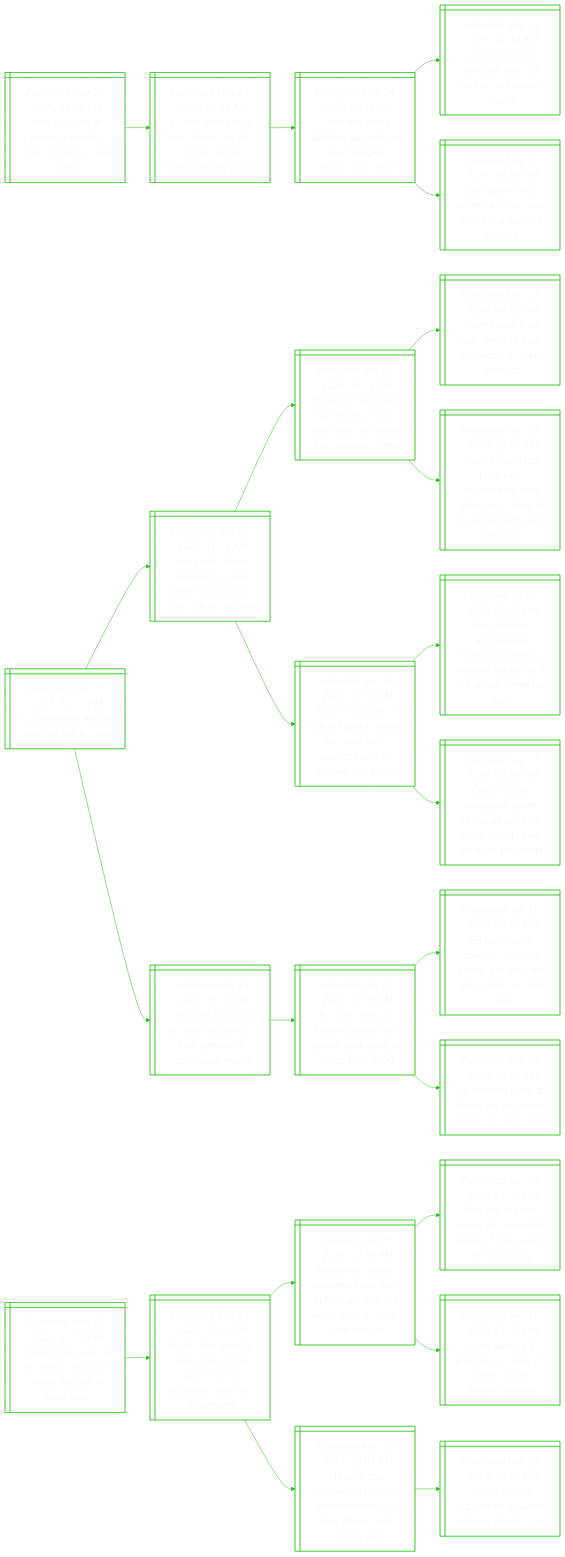
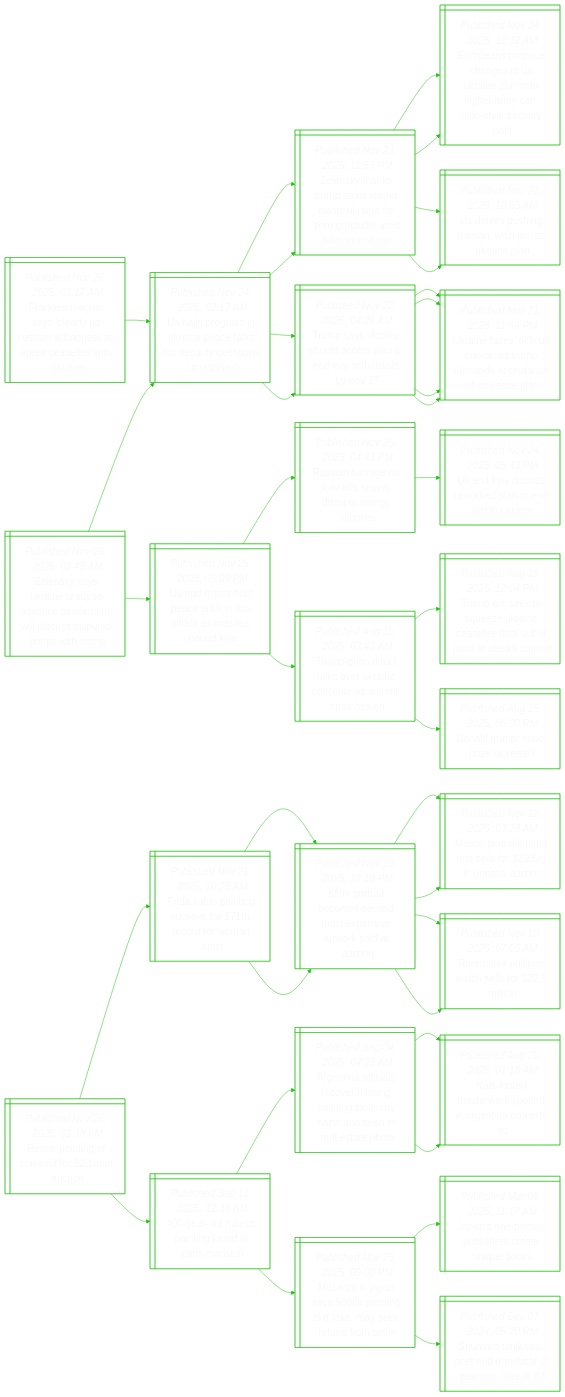
One commit to notJmes/notJmes changed the diagram in README.md. Above: the diagram before and after it, drawn with Mermaid. The commit also changed other lines of this file, not shown here.

````diff
--- a/README.md
+++ b/README.md
@@ -16,79 +16,118 @@
 flowchart LR
 classDef txtsize font-size:20px;
 
-Mcoeldsesls@{ shape: win-pane, label: "_Published Nov 25, 2025, 11:34 PM_
-Man accused of liverpool parade crash in tears as trial opens" }
-hfrhrctwivotr@{ shape: win-pane, label: "_Published May 27, 2025, 02:18 AM_
-47 hurt after british man drives car into crowd during liverpool’s title parade" }
-Gnsbutslanai@{ shape: win-pane, label: "_Published May 24, 2025, 09:15 PM_
-Germany mass stabbing suspect has ‘psychological illness’, say police" }
-Gnnsftdmso@{ shape: win-pane, label: "_Published May 24, 2025, 01:44 AM_
-German woman arrested after 18 stabbed at hamburg station" }
-Gnrcscrrirea@{ shape: win-pane, label: "_Published May 06, 2025, 04:40 PM_
-Germany’s merz elected as chancellor after initial surprise setback" }
+Feryaoilnoeewke@{ shape: win-pane, label: "_Published Nov 26, 2025, 03:17 AM_
+France’s macron says ‘clearly no russian willingness to agree ceasefire’ with ukraine" }
+Ulgiaeauuqinl@{ shape: win-pane, label: "_Published Nov 24, 2025, 02:17 AM_
+Us hails progress in ukraine peace talks but security questions unresolved" }
+ZsarsalUnzruikn@{ shape: win-pane, label: "_Published Nov 23, 2025, 11:53 PM_
+Zelensky thanks trump as us leader blasts ukraine for ‘zero gratitude’ amid talks to end war" }
+EeregUalthmNtett@{ shape: win-pane, label: "_Published Nov 24, 2025, 12:32 AM_
+Europeans propose changes to us ukraine plan with higher army cap, nato-style security pact" }
+UisRahaal@{ shape: win-pane, label: "_Published Nov 23, 2025, 10:55 AM_
+Us denies pushing russian ‘wish list’ as ukraine plan" }
+Tskeleanwub@{ shape: win-pane, label: "_Published Nov 22, 2025, 04:26 AM_
+Trump says ukraine should accept plan to end war with russia by nov 27" }
+Uneftcrespepp@{ shape: win-pane, label: "_Published Nov 21, 2025, 11:49 PM_
+Ukraine faces ‘difficult choice’ as trump demands acceptance of us peace plan" }
+Uneftcrespepp@{ shape: win-pane, label: "_Published Nov 21, 2025, 11:49 PM_
+Ukraine faces ‘difficult choice’ as trump demands acceptance of us peace plan" }
 
-Mcoeldsesls:::txtsize --> hfrhrctwivotr:::txtsize
-hfrhrctwivotr:::txtsize --> Gnsbutslanai:::txtsize
-Gnsbutslanai:::txtsize --> Gnnsftdmso:::txtsize
-Gnsbutslanai:::txtsize --> Gnrcscrrirea:::txtsize
+Feryaoilnoeewke:::txtsize --> Ulgiaeauuqinl:::txtsize
+Ulgiaeauuqinl:::txtsize --> ZsarsalUnzruikn:::txtsize
+ZsarsalUnzruikn:::txtsize --> EeregUalthmNtett:::txtsize
+ZsarsalUnzruikn:::txtsize --> UisRahaal:::txtsize
+Ulgiaeauuqinl:::txtsize --> Tskeleanwub:::txtsize
+Tskeleanwub:::txtsize --> Uneftcrespepp:::txtsize
+Tskeleanwub:::txtsize --> Uneftcrespepp:::txtsize
 
-Elnpwar@{ shape: win-pane, label: "_Published Nov 25, 2025, 10:51 PM_
-Eu parliament adopts new toy safety rules" }
-Saeiepheossye@{ shape: win-pane, label: "_Published Jun 27, 2025, 11:24 AM_
-Seoul asks temu, aliexpress to pull children’s products over safety concerns" }
-Pcuthlohamfeen@{ shape: win-pane, label: "_Published Jun 03, 2024, 06:15 PM_
-Products found with high levels of toxic chemicals removed from website: shein" }
-SKfheoimseos@{ shape: win-pane, label: "_Published May 28, 2024, 04:50 PM_
-South korea finds high levels of toxic chemicals in shein products" }
-SKnfkcoflrhoiwoha@{ shape: win-pane, label: "_Published May 26, 2024, 10:55 AM_
-South korean test finds kids’ accessories from aliexpress, shein to be tainted with toxic chemicals" }
-BseahdeobdsneLa@{ shape: win-pane, label: "_Published Sep 26, 2024, 09:50 AM_
-Buyers warned of safety hazards posed by some baby products sold on shopee and lazada" }
-Mheiawwbsianlnifl@{ shape: win-pane, label: "_Published Jul 31, 2023, 06:00 PM_
-More children accidentally swallowing objects, retailers asked not to list unsafe items for sale" }
-Qdnriovrgovlpn@{ shape: win-pane, label: "_Published Sep 13, 2024, 03:00 PM_
-Qoo10 under singapore police probe as vendors lodge reports over delayed payments" }
-Ccntaerhesteo@{ shape: win-pane, label: "_Published Mar 15, 2024, 03:16 AM_
-Chemicals in plastics far more numerous than previously estimated: report" }
-Ellnselcaiem@{ shape: win-pane, label: "_Published Mar 05, 2024, 10:38 AM_
-Eu seals deal on banning single-use plastic packaging in cafes from 2030" }
-Emsitesoiwrelsn@{ shape: win-pane, label: "_Published Jan 11, 2024, 09:10 PM_
-Eu lawmakers consider stronger plastic pollution law after pellet spill hits spain" }
-Uassatlpiul@{ shape: win-pane, label: "_Published Sep 29, 2023, 08:20 AM_
-Us finalises plans to phase out single-use plastic on public lands" }
+Zsyaeonaalusdthp@{ shape: win-pane, label: "_Published Nov 26, 2025, 02:45 AM_
+Zelensky says ukraine ready to advance peace plan, will discuss disputed points with trump" }
+Ulgiaeauuqinl@{ shape: win-pane, label: "_Published Nov 24, 2025, 02:17 AM_
+Us hails progress in ukraine peace talks but security questions unresolved" }
+ZsarsalUnzruikn@{ shape: win-pane, label: "_Published Nov 23, 2025, 11:53 PM_
+Zelensky thanks trump as us leader blasts ukraine for ‘zero gratitude’ amid talks to end war" }
+EeregUalthmNtett@{ shape: win-pane, label: "_Published Nov 24, 2025, 12:32 AM_
+Europeans propose changes to us ukraine plan with higher army cap, nato-style security pact" }
+UisRahaal@{ shape: win-pane, label: "_Published Nov 23, 2025, 10:55 AM_
+Us denies pushing russian ‘wish list’ as ukraine plan" }
+Tskeleanwub@{ shape: win-pane, label: "_Published Nov 22, 2025, 04:26 AM_
+Trump says ukraine should accept plan to end war with russia by nov 27" }
+Uneftcrespepp@{ shape: win-pane, label: "_Published Nov 21, 2025, 11:49 PM_
+Ukraine faces ‘difficult choice’ as trump demands acceptance of us peace plan" }
+Uneftcrespepp@{ shape: win-pane, label: "_Published Nov 21, 2025, 11:49 PM_
+Ukraine faces ‘difficult choice’ as trump demands acceptance of us peace plan" }
+URaptiDaspK@{ shape: win-pane, label: "_Published Nov 25, 2025, 05:03 PM_
+Us and russia hold peace talks in abu dhabi as missiles pound kyiv" }
+Rarnksdpeue@{ shape: win-pane, label: "_Published Nov 25, 2025, 04:43 PM_
+Russian barrage on kyiv kills seven, disrupts energy supplies" }
+UKisrlerr@{ shape: win-pane, label: "_Published Nov 24, 2025, 05:43 PM_
+Us and kyiv discuss reworked plan to end war in ukraine" }
+TPdtsUncamre@{ shape: win-pane, label: "_Published Aug 16, 2025, 03:43 AM_
+Trump-putin direct talks over ukraine conclude as summit stretches on" }
+Tweszaeiaoilst@{ shape: win-pane, label: "_Published Aug 15, 2025, 12:04 PM_
+Trump will seek to squeeze ukraine ceasefire deal out of putin at alaska summit" }
+Ddplee@{ shape: win-pane, label: "_Published Aug 15, 2025, 06:00 PM_
+Donald trump: nobel prize laureate?" }
 
-Elnpwar:::txtsize --> Saeiepheossye:::txtsize
-Saeiepheossye:::txtsize --> Pcuthlohamfeen:::txtsize
-Pcuthlohamfeen:::txtsize --> SKfheoimseos:::txtsize
-Pcuthlohamfeen:::txtsize --> SKnfkcoflrhoiwoha:::txtsize
-Saeiepheossye:::txtsize --> BseahdeobdsneLa:::txtsize
-BseahdeobdsneLa:::txtsize --> Mheiawwbsianlnifl:::txtsize
-BseahdeobdsneLa:::txtsize --> Qdnriovrgovlpn:::txtsize
-Elnpwar:::txtsize --> Ccntaerhesteo:::txtsize
-Ccntaerhesteo:::txtsize --> Ellnselcaiem:::txtsize
-Ellnselcaiem:::txtsize --> Emsitesoiwrelsn:::txtsize
-Ellnselcaiem:::txtsize --> Uassatlpiul:::txtsize
+Zsyaeonaalusdthp:::txtsize --> Ulgiaeauuqinl:::txtsize
+Ulgiaeauuqinl:::txtsize --> ZsarsalUnzruikn:::txtsize
+ZsarsalUnzruikn:::txtsize --> EeregUalthmNtett:::txtsize
+ZsarsalUnzruikn:::txtsize --> UisRahaal:::txtsize
+Ulgiaeauuqinl:::txtsize --> Tskeleanwub:::txtsize
+Tskeleanwub:::txtsize --> Uneftcrespepp:::txtsize
+Tskeleanwub:::txtsize --> Uneftcrespepp:::txtsize
+Zsyaeonaalusdthp:::txtsize --> URaptiDaspK:::txtsize
+URaptiDaspK:::txtsize --> Rarnksdpeue:::txtsize
+Rarnksdpeue:::txtsize --> UKisrlerr:::txtsize
+URaptiDaspK:::txtsize --> TPdtsUncamre:::txtsize
+TPdtsUncamre:::txtsize --> Tweszaeiaoilst:::txtsize
+TPdtsUncamre:::txtsize --> Ddplee:::txtsize
 
-PcsjolnnhFgfc@{ shape: win-pane, label: "_Published Nov 25, 2025, 10:28 PM_
-Prosecutors seek jail for italian influencer chiara ferragni in fraud case" }
-ACVaslarodtnnn@{ shape: win-pane, label: "_Published Feb 19, 2025, 05:00 PM_
-Apple cider vinegar: how social media gave rise to fraudulent wellness influencers" }
-SmnWerxFatWLACVa@{ shape: win-pane, label: "_Published Feb 05, 2025, 02:30 PM_
-Streaming sneaks: wellness turns toxic in february with the white lotus 3, apple cider vinegar" }
-FnieIvbahdee@{ shape: win-pane, label: "_Published Jan 30, 2025, 01:00 PM_
-Film and tv picks: secret ink, invincible season 3, the seed of the sacred fig" }
-SGoinNierwa@{ shape: win-pane, label: "_Published Jan 31, 2025, 01:45 PM_
-Squid game 3 to premiere on june 27, netflix unveils preview footage" }
-Uliesisrohtiols@{ shape: win-pane, label: "_Published May 13, 2024, 10:01 AM_
-Us wellness influencers pushing misinformation as they attack birth control pills" }
-Tslpokobo@{ shape: win-pane, label: "_Published Mar 20, 2024, 10:35 PM_
-Trump signals support for 15-week national abortion ban" }
+Rrtforun@{ shape: win-pane, label: "_Published Nov 26, 2025, 01:38 AM_
+Renoir painting of son sold for $2.1m at auction" }
+FKpicsrdor@{ shape: win-pane, label: "_Published Nov 21, 2025, 10:25 AM_
+Frida kahlo painting auctions for $71m, record for woman artist" }
+Kpacsdesrkat@{ shape: win-pane, label: "_Published Nov 19, 2025, 12:10 PM_
+Klimt portrait becomes second most expensive artwork sold at auction" }
+Mndngsiec@{ shape: win-pane, label: "_Published Nov 12, 2025, 03:28 AM_
+Mellon blue diamond ring sells for $32.5m in geneva auction" }
+Rahpclmo@{ shape: win-pane, label: "_Published Nov 10, 2025, 07:05 AM_
+Rare patek philippe watch sells for $22.9 million" }
+Kpacsdesrkat@{ shape: win-pane, label: "_Published Nov 19, 2025, 12:10 PM_
+Klimt portrait becomes second most expensive artwork sold at auction" }
+Mndngsiec@{ shape: win-pane, label: "_Published Nov 12, 2025, 03:28 AM_
+Mellon blue diamond ring sells for $32.5m in geneva auction" }
+Rahpclmo@{ shape: win-pane, label: "_Published Nov 10, 2025, 07:05 AM_
+Rare patek philippe watch sells for $22.9 million" }
+yleigdrn@{ shape: win-pane, label: "_Published Sep 11, 2025, 12:38 AM_
+400-year-old rubens painting found in paris mansion" }
+Atfacmnnsnzdiltt@{ shape: win-pane, label: "_Published Sep 04, 2025, 04:25 AM_
+Argentina officials recover missing painting stolen by nazis and seen in real estate photo" }
+Nomrserioy@{ shape: win-pane, label: "_Published Aug 28, 2025, 01:18 AM_
+Nazi-looted masterwork spotted in argentina property ad" }
+Nomrserioy@{ shape: win-pane, label: "_Published Aug 28, 2025, 01:18 AM_
+Nazi-looted masterwork spotted in argentina property ad" }
+Mmpyigayrdsr@{ shape: win-pane, label: "_Published Mar 26, 2025, 09:00 PM_
+Museum in japan says $600k painting is a fake, may seek refund from seller" }
+Jsepsceuk@{ shape: win-pane, label: "_Published Mar 09, 2025, 11:17 AM_
+Japan’s one-person publishers create unique books" }
+SanaaatPts@{ shape: win-pane, label: "_Published Dec 07, 2024, 05:20 PM_
+Shuntaro tanikawa, poet and translator of peanuts, dies at 92" }
 
-PcsjolnnhFgfc:::txtsize --> ACVaslarodtnnn:::txtsize
-ACVaslarodtnnn:::txtsize --> SmnWerxFatWLACVa:::txtsize
-SmnWerxFatWLACVa:::txtsize --> FnieIvbahdee:::txtsize
-SmnWerxFatWLACVa:::txtsize --> SGoinNierwa:::txtsize
-ACVaslarodtnnn:::txtsize --> Uliesisrohtiols:::txtsize
-Uliesisrohtiols:::txtsize --> Tslpokobo:::txtsize
+Rrtforun:::txtsize --> FKpicsrdor:::txtsize
+FKpicsrdor:::txtsize --> Kpacsdesrkat:::txtsize
+Kpacsdesrkat:::txtsize --> Mndngsiec:::txtsize
+Kpacsdesrkat:::txtsize --> Rahpclmo:::txtsize
+FKpicsrdor:::txtsize --> Kpacsdesrkat:::txtsize
+Kpacsdesrkat:::txtsize --> Mndngsiec:::txtsize
+Kpacsdesrkat:::txtsize --> Rahpclmo:::txtsize
+Rrtforun:::txtsize --> yleigdrn:::txtsize
+yleigdrn:::txtsize --> Atfacmnnsnzdiltt:::txtsize
+Atfacmnnsnzdiltt:::txtsize --> Nomrserioy:::txtsize
+Atfacmnnsnzdiltt:::txtsize --> Nomrserioy:::txtsize
+yleigdrn:::txtsize --> Mmpyigayrdsr:::txtsize
+Mmpyigayrdsr:::txtsize --> Jsepsceuk:::txtsize
+Mmpyigayrdsr:::txtsize --> SanaaatPts:::txtsize
 
 ```
````
